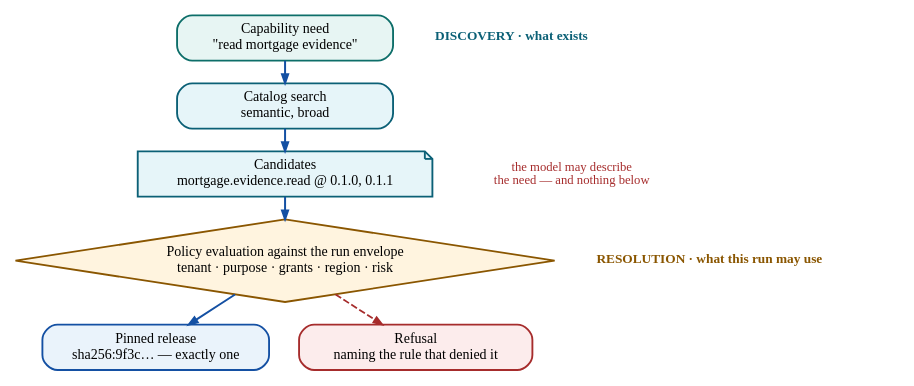
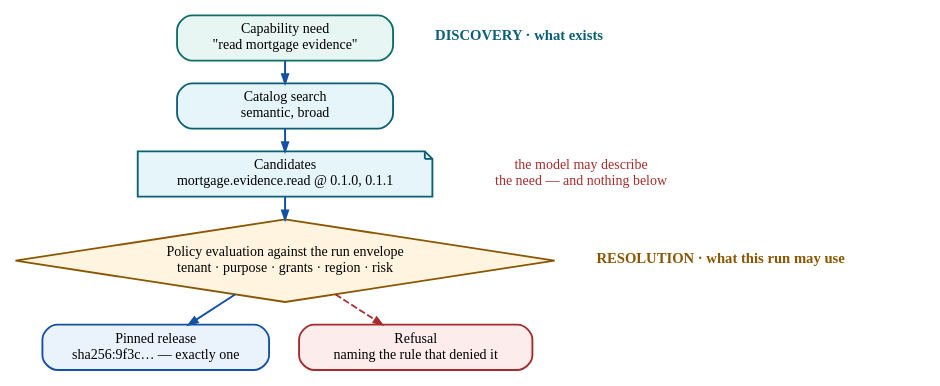
The diagram in assets/diagrams/src/skill-resolution.gv (rrahimi-uci/building-enterprise-general-intelligence), drawn with Graphviz before and after one commit. The commit also changed 84 other files, not shown here.

First line of the commit message:
Fix print-scale figure, cover, and table layout defects (pass 2, P2-C)

```diff
--- a/assets/diagrams/src/skill-resolution.gv
+++ b/assets/diagrams/src/skill-resolution.gv
@@ -1,40 +1,40 @@
 // Figure 8-1 — Discovery proposes; resolution disposes.
 //
 // Message: the two halves have different rules on purpose. Discovery may be
 // fuzzy and may return several candidates, because nothing it returns is yet
 // permitted. Resolution is deterministic and returns exactly one pinned digest
 // or a refusal naming the rule -- and the model has no input to it.
 //
 // Layout: vertical, with the model's reach marked. The dashed barrier is the
 // point of the figure; a system that lets a model choose among discovery
 // results has skipped it.
 digraph skill_resolution {
   rankdir = TB
   graph [ranksep=0.24, nodesep=0.30]
   node [shape=box, style="filled,rounded", penwidth=1.4, fontsize=10.5,
         margin="0.13,0.07", height=0.40, width=2.25]
   edge [arrowsize=0.65, penwidth=1.5, color="#1450A3"]
 
   need [label="Capability need\n\"read mortgage evidence\"", fillcolor="#E7F5F3", color="#0D6E69"]
   cat  [label="Catalog search\nsemantic, broad", fillcolor="#E6F5F9", color="#0B6076"]
   cand [label="Candidates\nmortgage.evidence.read @ 0.1.0, 0.1.1", shape=note,
         style=filled, fillcolor="#E6F5F9", color="#0B6076"]
 
   pol  [label="Policy evaluation against the run envelope\ntenant · purpose · grants · region · risk", shape=diamond,
         style=filled, fillcolor="#FFF4DF", color="#8A5600", height=0.86, width=3.3]
   pin  [label="Pinned release\nsha256:9f3c… — exactly one", fillcolor="#EAF3FB", color="#1450A3"]
   no   [label="Refusal\nnaming the rule that denied it", fillcolor="#FCECEC", color="#A62C2C"]
 
-  d1 [label=<<B><FONT POINT-SIZE="10" COLOR="#0B6076">DISCOVERY &#183; what exists</FONT></B>>, shape=plaintext, style=""]
-  d2 [label=<<B><FONT POINT-SIZE="10" COLOR="#8A5600">RESOLUTION &#183; what this run may use</FONT></B>>, shape=plaintext, style=""]
+  d1 [label=<<B><FONT POINT-SIZE="11" COLOR="#0B6076">DISCOVERY &#183; what exists</FONT></B>>, shape=plaintext, style=""]
+  d2 [label=<<B><FONT POINT-SIZE="11" COLOR="#8A5600">RESOLUTION &#183; what this run may use</FONT></B>>, shape=plaintext, style=""]
   mr [label="the model may describe\nthe need — and nothing below", shape=plaintext,
-      style="", fontsize=9.5, fontcolor="#A62C2C"]
+      style="", fontsize=10.5, fontcolor="#A62C2C"]
 
   need -> cat -> cand -> pol -> pin
   pol -> no [color="#A62C2C", style=dashed, penwidth=1.3]
 
   { rank=same; need -> d1 [style=invis] }
   { rank=same; cand -> mr [style=invis] }
   { rank=same; pol  -> d2 [style=invis] }
   { rank=same; pin  -> no [style=invis] }
 }
```
